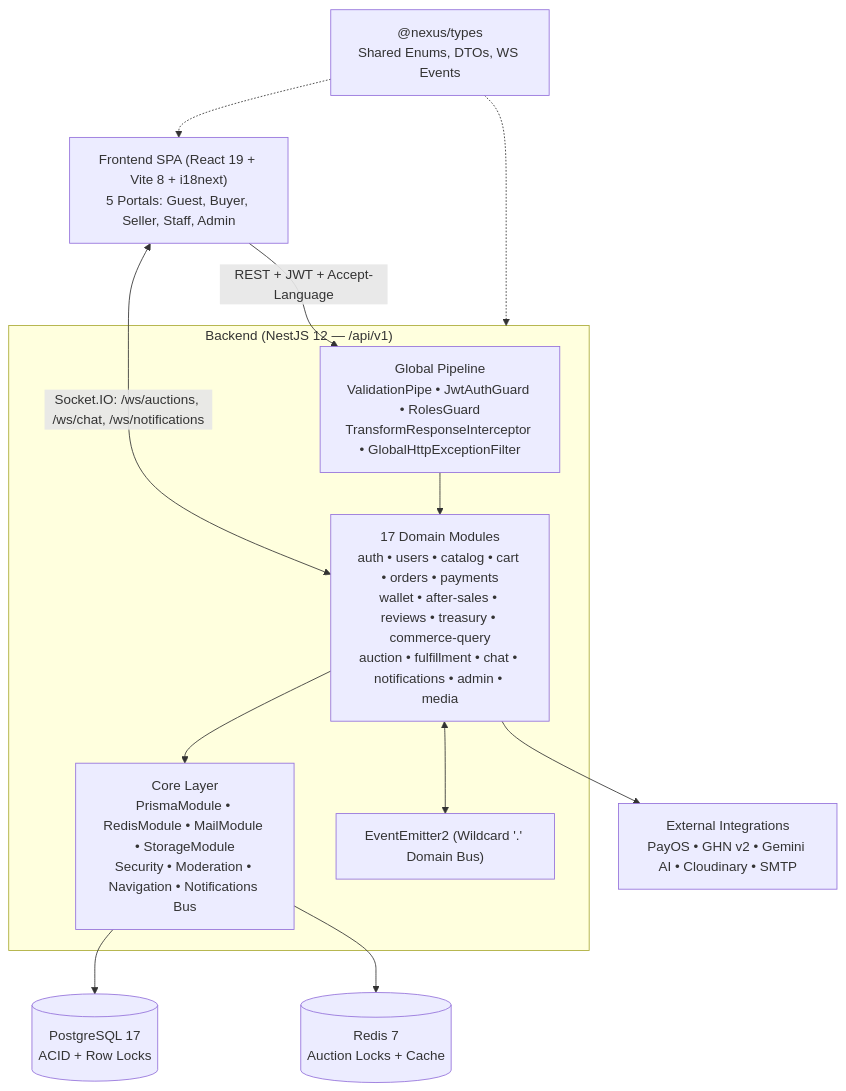
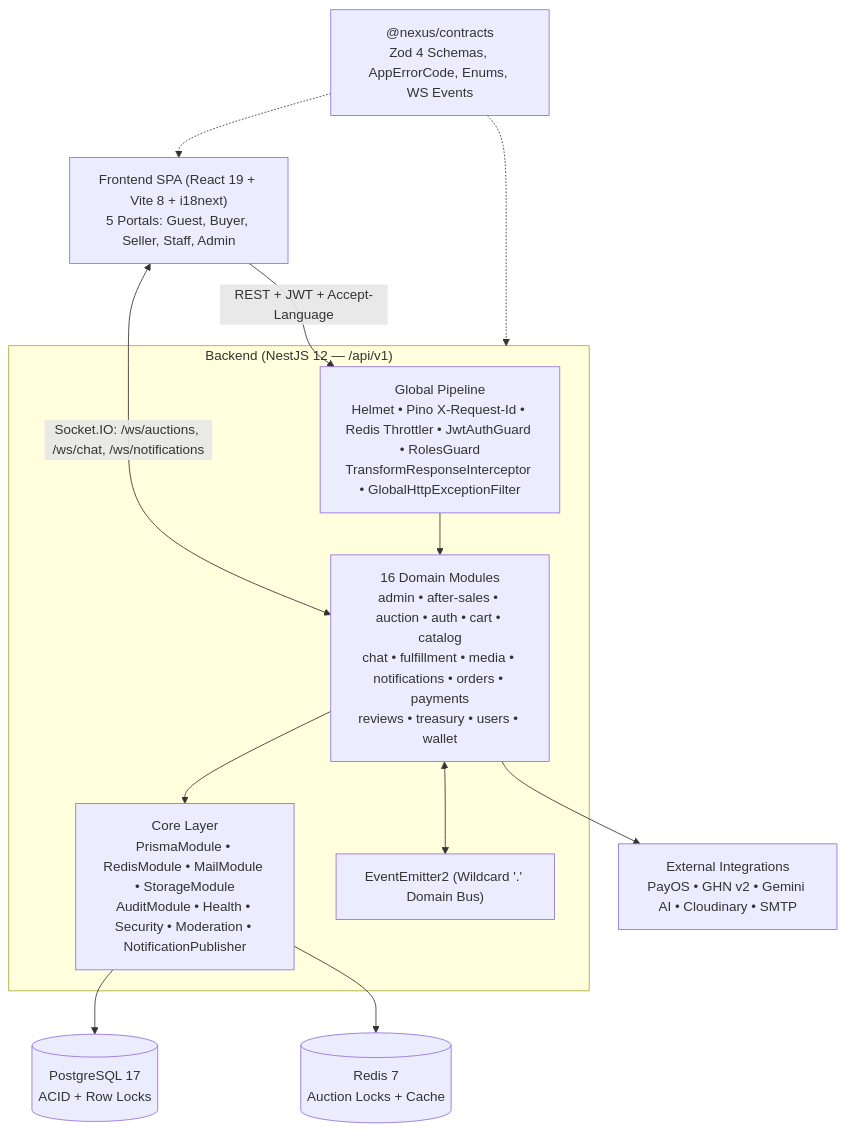
One commit to MinhPhuc00ne/project-nexus changed the diagram in docs/docs/architecture/system-overview.md. Above: the diagram before and after it, drawn with Mermaid. The commit also changed other lines of this file and 17 other files, not shown here.

````diff
--- a/docs/docs/architecture/system-overview.md
+++ b/docs/docs/architecture/system-overview.md
@@ -9,27 +9,27 @@
 ```mermaid
 flowchart TB
     FE["Frontend SPA (React 19 + Vite 8 + i18next)<br/>5 Portals: Guest, Buyer, Seller, Staff, Admin"]
-    TYPES["@nexus/types<br/>Shared Enums, DTOs, WS Events"]
+    TYPES["@nexus/contracts<br/>Zod 4 Schemas, AppErrorCode, Enums, WS Events"]
 
     subgraph BE["Backend (NestJS 12 — /api/v1)"]
-        PIPE["Global Pipeline<br/>ValidationPipe • JwtAuthGuard • RolesGuard<br/>TransformResponseInterceptor • GlobalHttpExceptionFilter"]
-        CORE["Core Layer<br/>PrismaModule • RedisModule • MailModule • StorageModule<br/>Security • Moderation • Navigation • Notifications Bus"]
-        MODS["17 Domain Modules<br/>auth • users • catalog • cart • orders • payments<br/>wallet • after-sales • reviews • treasury • commerce-query<br/>auction • fulfillment • chat • notifications • admin • media"]
+        PIPE["Global Pipeline<br/>Helmet • Pino X-Request-Id • Redis Throttler • JwtAuthGuard • RolesGuard<br/>TransformResponseInterceptor • GlobalHttpExceptionFilter"]
+        CORE["Core Layer<br/>PrismaModule • RedisModule • MailModule • StorageModule<br/>AuditModule • Health • Security • Moderation • NotificationPublisher"]
+        MODS["16 Domain Modules<br/>admin • after-sales • auction • auth • cart • catalog<br/>chat • fulfillment • media • notifications • orders • payments<br/>reviews • treasury • users • wallet"]
         BUS["EventEmitter2 (Wildcard '.' Domain Bus)"]
     end
 
     PG[(PostgreSQL 17<br/>ACID + Row Locks)]
     RD[(Redis 7<br/>Auction Locks + Cache)]
     EXT["External Integrations<br/>PayOS • GHN v2 • Gemini AI • Cloudinary • SMTP"]
 
     TYPES -.-> FE
     TYPES -.-> BE
     FE -->|REST + JWT + Accept-Language| PIPE
     FE <-->|Socket.IO: /ws/auctions, /ws/chat, /ws/notifications| MODS
     PIPE --> MODS
     MODS --> CORE
     MODS <--> BUS
     CORE --> PG
     CORE --> RD
     MODS --> EXT
 ```
````
